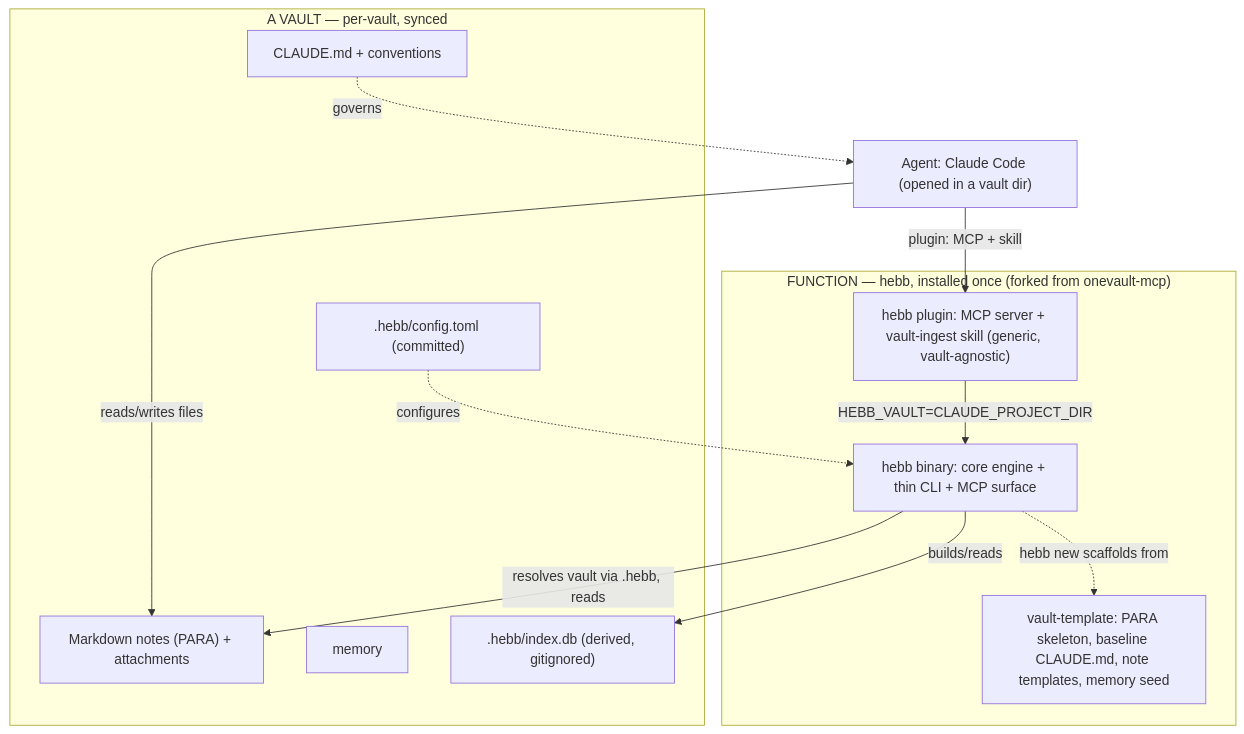
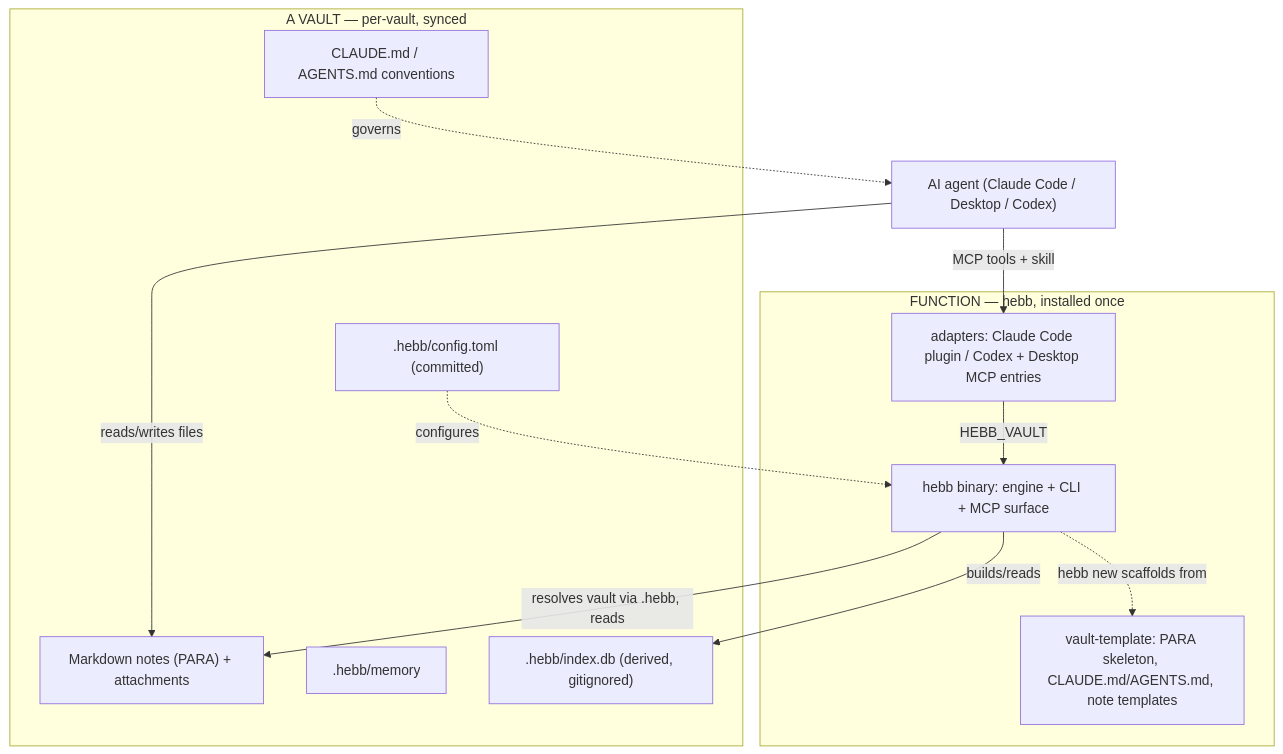
One commit to cizer/hebb changed the diagram in ARCHITECTURE.md. Above: the diagram before and after it, drawn with Mermaid. The commit also changed other lines of this file, not shown here.

First line of the commit message:
docs: rewrite ARCHITECTURE as a generic product design doc

````diff
--- a/ARCHITECTURE.md
+++ b/ARCHITECTURE.md
@@ -49,27 +37,27 @@
 ```mermaid
 flowchart TB
-  AGENT["Agent: Claude Code (opened in a vault dir)"]
+  AGENT["AI agent (Claude Code / Desktop / Codex)"]
 
-  subgraph SHARED["FUNCTION — hebb, installed once (forked from onevault-mcp)"]
-    BIN["hebb binary: core engine + thin CLI + MCP surface"]
-    PLG["hebb plugin: MCP server + vault-ingest skill (generic, vault-agnostic)"]
-    TPL["vault-template: PARA skeleton, baseline CLAUDE.md, note templates, memory seed"]
+  subgraph FUNCTION["FUNCTION — hebb, installed once"]
+    BIN["hebb binary: engine + CLI + MCP surface"]
+    ADP["adapters: Claude Code plugin / Codex + Desktop MCP entries"]
+    TPL["vault-template: PARA skeleton, CLAUDE.md/AGENTS.md, note templates"]
   end
 
   subgraph VAULT["A VAULT — per-vault, synced"]
     MD["Markdown notes (PARA) + attachments"]
-    MEM["memory"]
-    CONV["CLAUDE.md + conventions"]
+    MEM[".hebb/memory"]
+    CONV["CLAUDE.md / AGENTS.md conventions"]
     HCFG[".hebb/config.toml (committed)"]
     IDX[".hebb/index.db (derived, gitignored)"]
   end
 
   AGENT -->|reads/writes files| MD
-  AGENT -->|plugin: MCP + skill| PLG
-  PLG -->|HEBB_VAULT=CLAUDE_PROJECT_DIR| BIN
+  AGENT -->|MCP tools + skill| ADP
+  ADP -->|HEBB_VAULT| BIN
   BIN -->|resolves vault via .hebb, reads| MD
   BIN -->|builds/reads| IDX
   BIN -.hebb new scaffolds from.-> TPL
   HCFG -.configures.-> BIN
   CONV -.governs.-> AGENT
 ```
````
